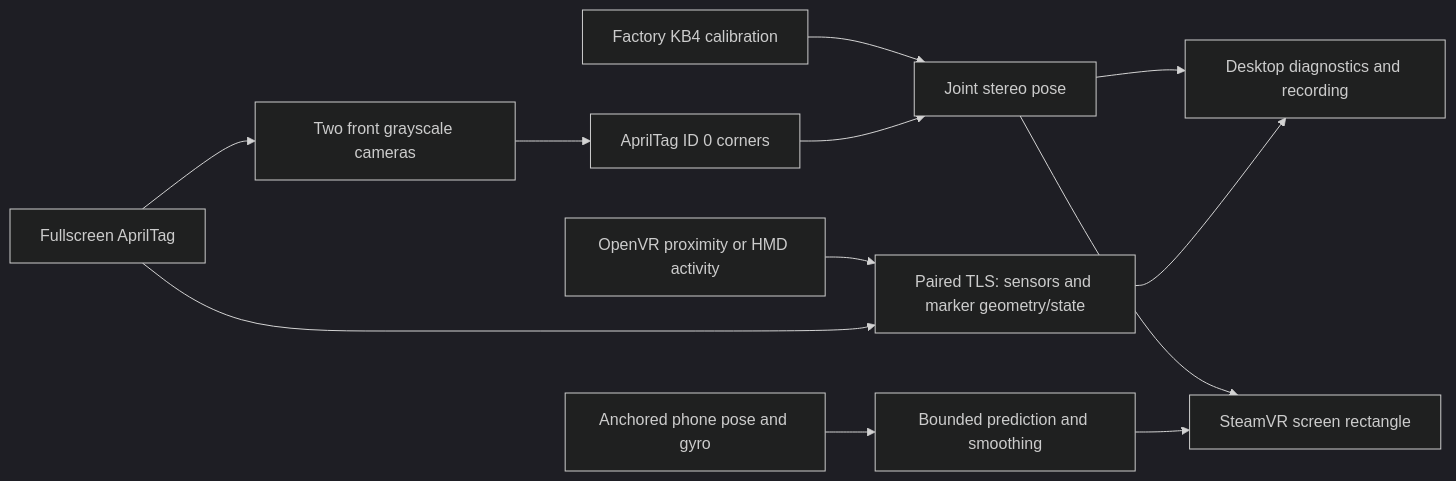
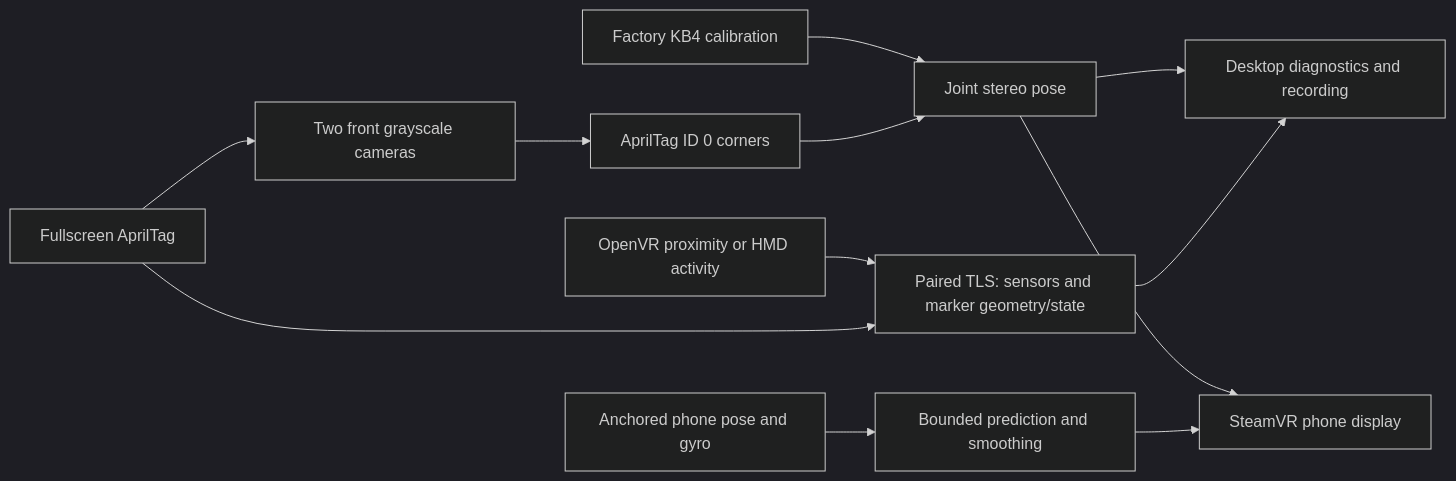
Before and after one commit to MarkEScheidker/FramePhone: the diagram in frame/docs/ARCHITECTURE.md, drawn with Mermaid (dark theme). The commit also changed other lines of this file and 11 other files, not shown here.

````diff
--- a/frame/docs/ARCHITECTURE.md
+++ b/frame/docs/ARCHITECTURE.md
@@ -9,14 +9,14 @@
 ```mermaid
 flowchart LR
     Phone[Fullscreen AprilTag] --> Cameras[Two front grayscale cameras]
     Cameras --> Tags[AprilTag ID 0 corners]
     Calibration[Factory KB4 calibration] --> Pose[Joint stereo pose]
     Tags --> Pose
     Pose --> UI[Desktop diagnostics and recording]
-    Pose --> VR[SteamVR screen rectangle]
+    Pose --> VR[SteamVR phone display]
     ARCore[Anchored phone pose and gyro] --> Predict[Bounded prediction and smoothing]
     Predict --> VR
     Wearer[OpenVR proximity or HMD activity] --> TLS
     Phone --> TLS[Paired TLS: sensors and marker geometry/state]
     TLS --> UI
 ```
````
